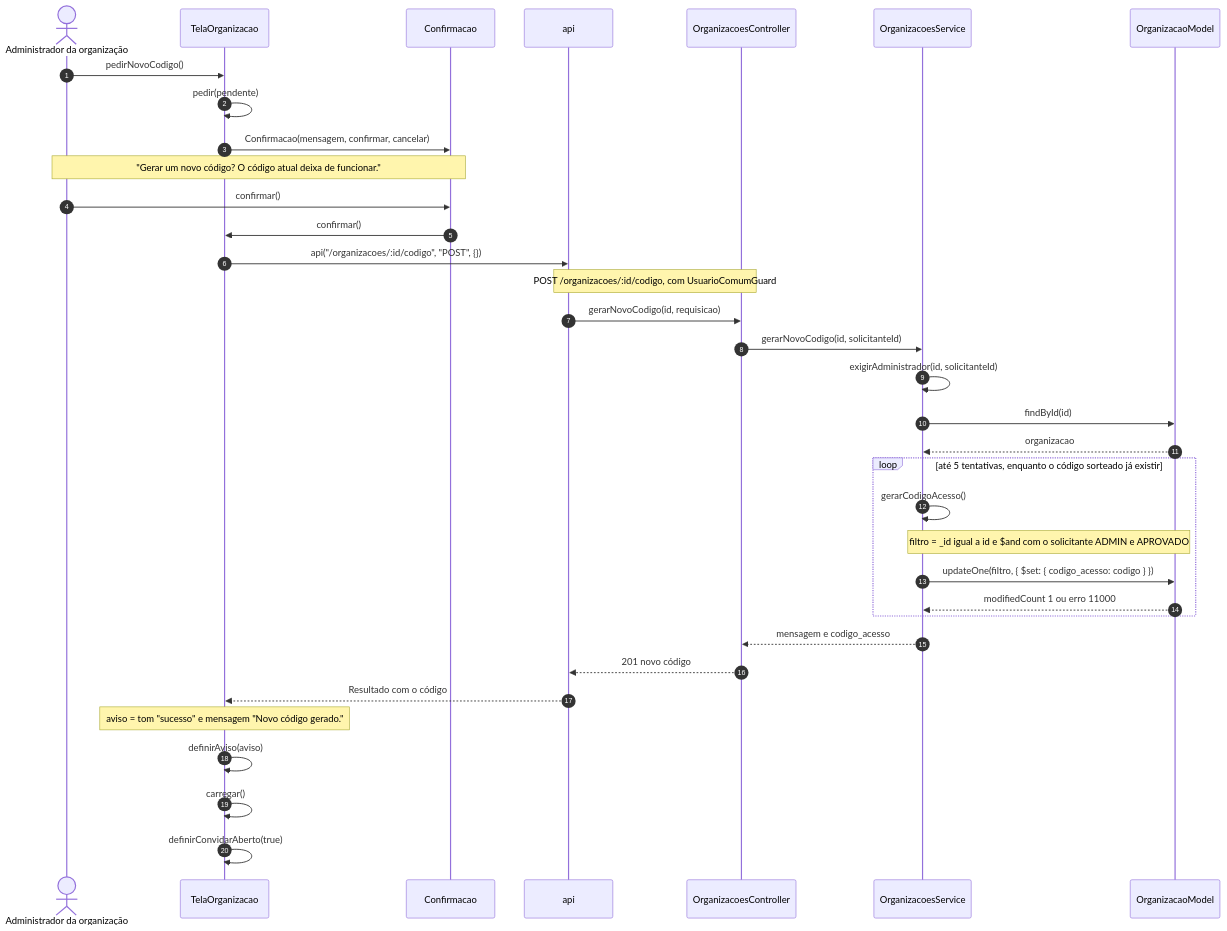
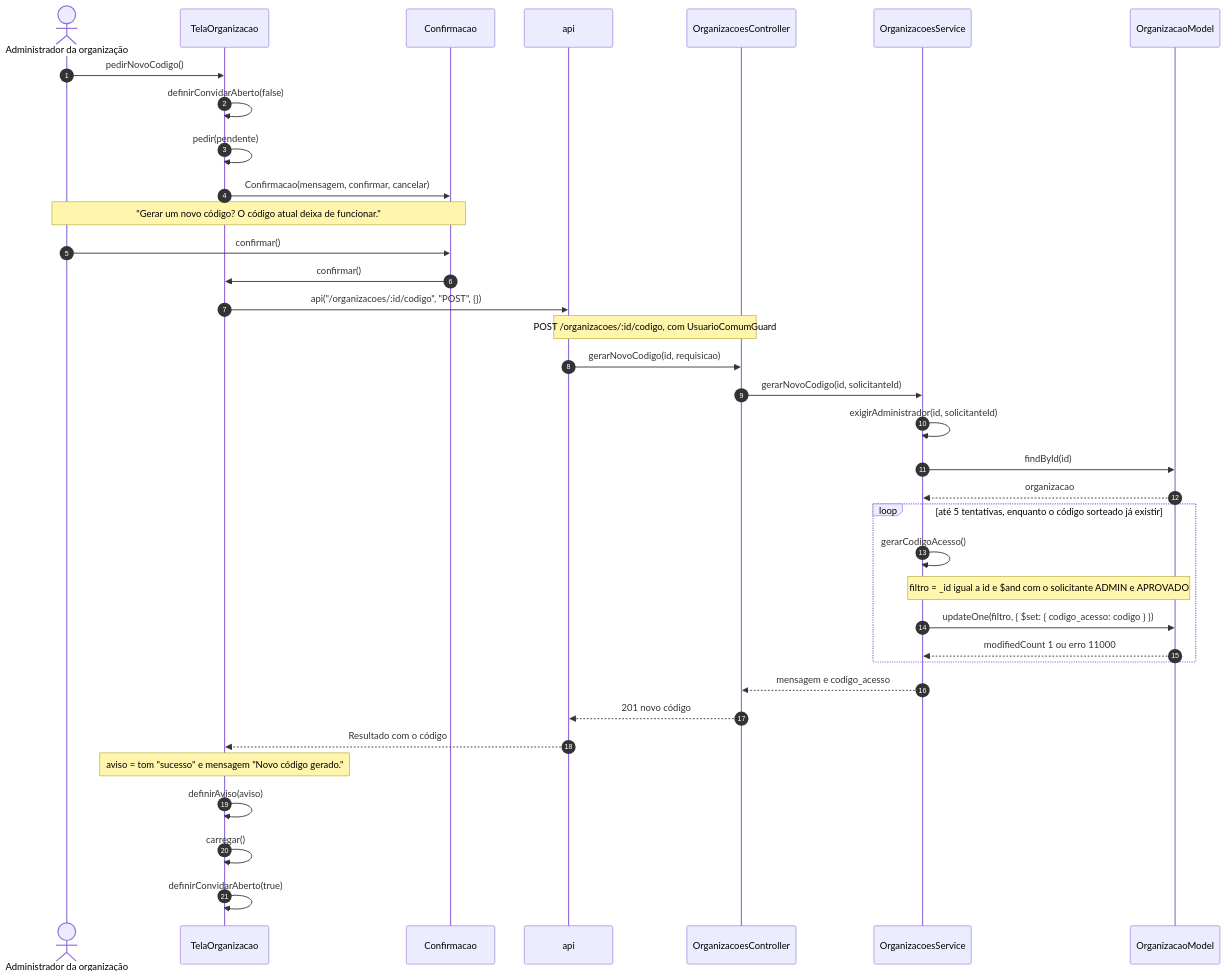
One commit to Conecta-IFSP/DOCUMENTATION changed diagram 11 of 15 in 2 - Incremento1/cadastro-organizacao/6 - diagramas-sequencia-cadastro-organizacao.md. Above: the diagram before and after it, drawn with Mermaid. The commit also changed other lines of this file and 17 other files, not shown here.

````diff
--- a/2 - Incremento1/cadastro-organizacao/6 - diagramas-sequencia-cadastro-organizacao.md
+++ b/2 - Incremento1/cadastro-organizacao/6 - diagramas-sequencia-cadastro-organizacao.md
@@ -416,37 +417,38 @@
 ```mermaid
 sequenceDiagram
     autonumber
     actor U as Administrador da organização
     participant T as TelaOrganizacao
     participant D as Confirmacao
     participant A as api
     participant C as OrganizacoesController
     participant S as OrganizacoesService
     participant M as OrganizacaoModel
     U->>T: pedirNovoCodigo()
+    T->>T: definirConvidarAberto(false)
     T->>T: pedir(pendente)
     T->>D: Confirmacao(mensagem, confirmar, cancelar)
     Note over U,D: "Gerar um novo código? O código atual deixa de funcionar."
     U->>D: confirmar()
     D->>T: confirmar()
     T->>A: api("/organizacoes/:id/codigo", "POST", {})
     Note over A,C: POST /organizacoes/:id/codigo, com UsuarioComumGuard
     A->>C: gerarNovoCodigo(id, requisicao)
     C->>S: gerarNovoCodigo(id, solicitanteId)
     S->>S: exigirAdministrador(id, solicitanteId)
     S->>M: findById(id)
     M-->>S: organizacao
     loop até 5 tentativas, enquanto o código sorteado já existir
         S->>S: gerarCodigoAcesso()
         Note over S,M: filtro = _id igual a id e $and com o solicitante ADMIN e APROVADO
         S->>M: updateOne(filtro, { $set: { codigo_acesso: codigo } })
         M-->>S: modifiedCount 1 ou erro 11000
     end
     S-->>C: mensagem e codigo_acesso
     C-->>A: 201 novo código
     A-->>T: Resultado com o código
     Note over T: aviso = tom "sucesso" e mensagem "Novo código gerado."
     T->>T: definirAviso(aviso)
     T->>T: carregar()
     T->>T: definirConvidarAberto(true)
 ```
````
